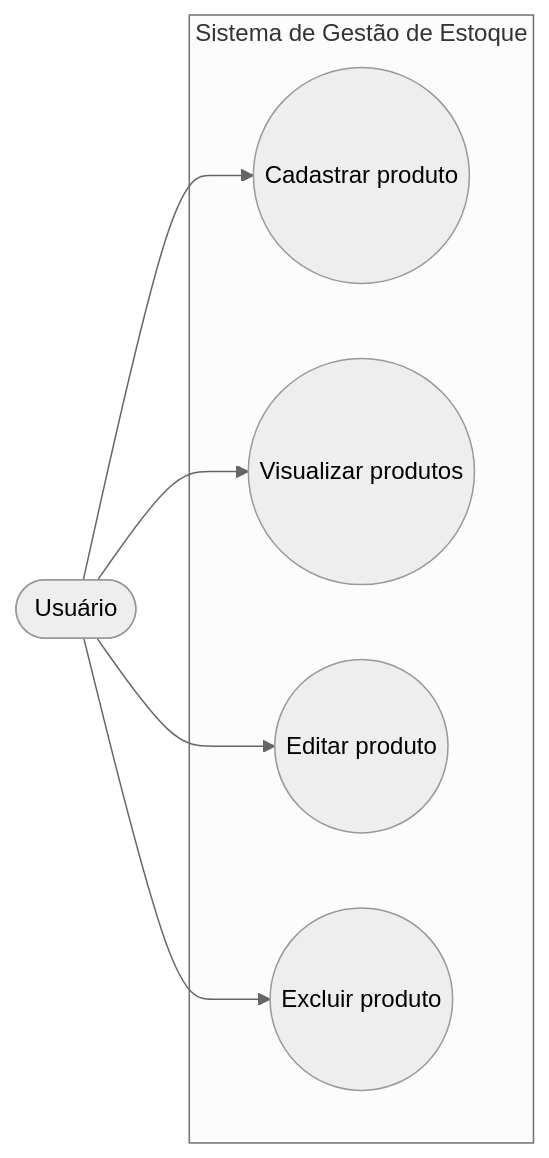
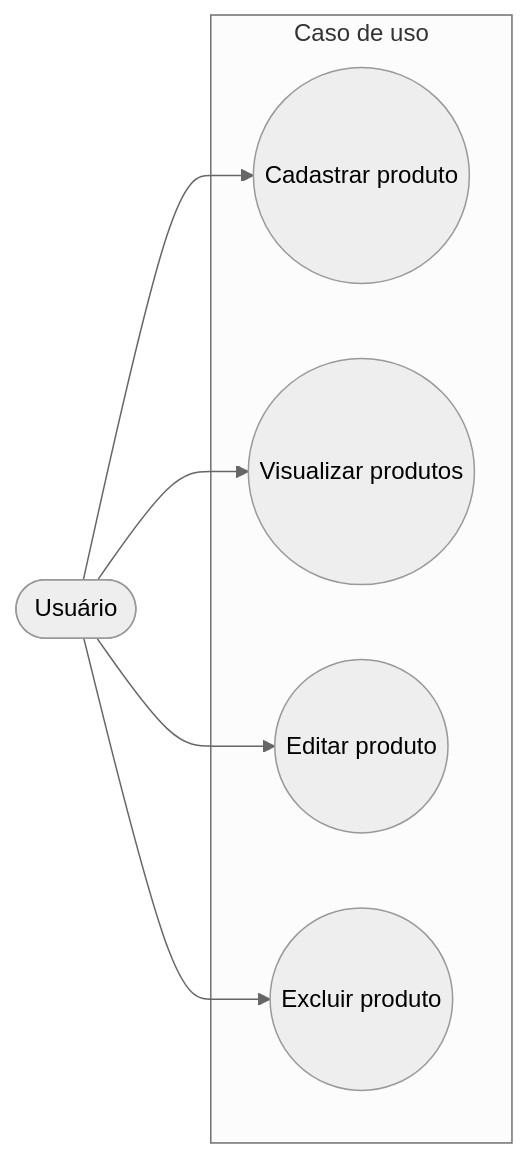
One commit to MafraMP3/gestao_estoque changed the diagram in README.md. Above: the diagram before and after it, drawn with Mermaid (neutral theme).

Commit message:
Update flowchart title in README.md

````diff
--- a/README.md
+++ b/README.md
@@ -8,16 +8,16 @@
 ```mermaid
 flowchart LR
     usuario([Usuário])
 
-    subgraph sistema["Sistema de Gestão de Estoque"]
+    subgraph sistema["Caso de uso"]
         cadastrar((Cadastrar produto))
         visualizar((Visualizar produtos))
         editar((Editar produto))
         excluir((Excluir produto))
     end
 
     usuario --> cadastrar
     usuario --> visualizar
     usuario --> editar
     usuario --> excluir
 ```
````
